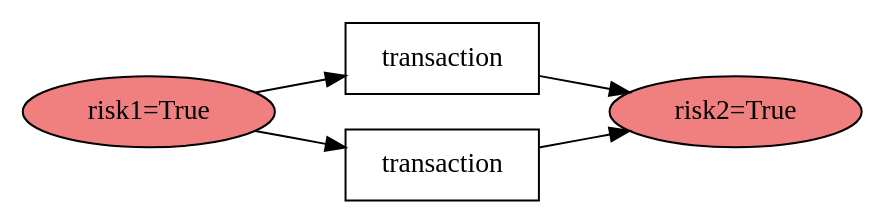
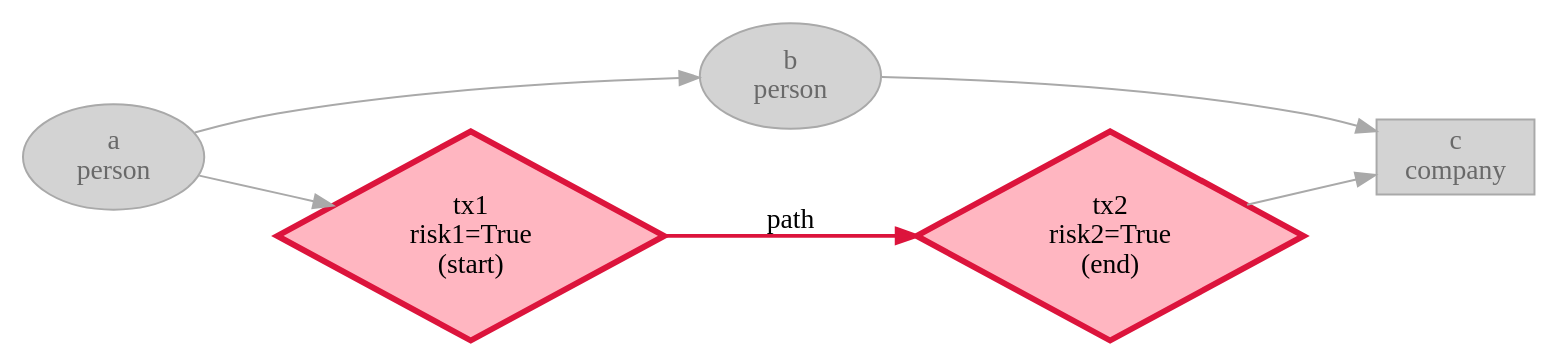
One commit to graphistry/pygraphistry changed the fifth of 7 diagrams in docs/source/gfql/about.rst. Above: the diagram before and after it, drawn with Graphviz. The commit also changed other lines of this file, not shown here.

First line of the commit message:
docs(gfql): improve diagram styling with bold fills and hex colors

```diff
--- a/docs/source/gfql/about.rst
+++ b/docs/source/gfql/about.rst
@@ -229,11 +248,18 @@
 .. graphviz::
 
    digraph risk_pattern {
        rankdir=LR;
-       risk1 [style=filled, fillcolor=lightcoral, label="risk1=True"];
-       risk2 [style=filled, fillcolor=lightcoral, label="risk2=True"];
-       tx1 [shape=box, label="transaction"];
-       tx2 [shape=box, label="transaction"];
-       risk1 -> tx1 -> risk2;
-       risk1 -> tx2 -> risk2;
+       node [shape=ellipse];
+
+       a [label="a\nperson", style=filled, fillcolor="#D3D3D3", color="#A9A9A9", fontcolor="#696969"];
+       b [label="b\nperson", style=filled, fillcolor="#D3D3D3", color="#A9A9A9", fontcolor="#696969"];
+       c [label="c\ncompany", shape=box, style=filled, fillcolor="#D3D3D3", color="#A9A9A9", fontcolor="#696969"];
+       tx1 [label="tx1\nrisk1=True\n(start)", shape=diamond, style="filled,bold", fillcolor="#FFB6C1", penwidth=3, color="#DC143C"];
+       tx2 [label="tx2\nrisk2=True\n(end)", shape=diamond, style="filled,bold", fillcolor="#FFB6C1", penwidth=3, color="#DC143C"];
+
+       a -> b [color="#A9A9A9"];
+       b -> c [color="#A9A9A9"];
+       a -> tx1 [color="#A9A9A9"];
+       tx1 -> tx2 [label="path", style=bold, color="#DC143C", penwidth=2];
+       tx2 -> c [color="#A9A9A9"];
    }
```
